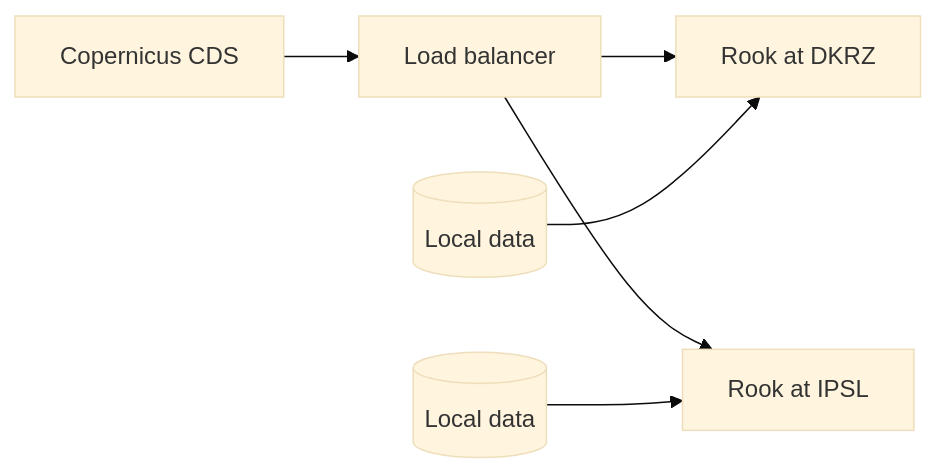
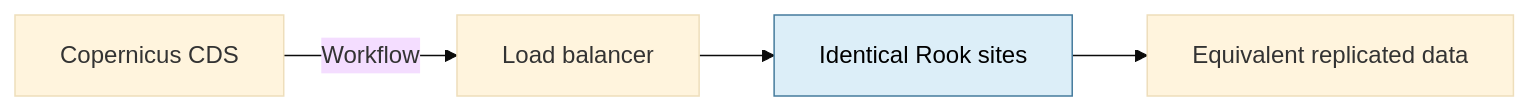
Before and after one commit to roocs/rook: the third of 10 diagrams in Rook_WPS_ESGF2_talk_draft.md, drawn with Mermaid (base theme). The commit also changed other lines of this file, not shown here.

````diff
--- a/Rook_WPS_ESGF2_talk_draft.md
+++ b/Rook_WPS_ESGF2_talk_draft.md
@@ -77,8 +95,8 @@
 ```mermaid
 flowchart LR
-    CDS["Copernicus CDS"] --> LB["Load balancer"]
-    LB --> DE["Rook at DKRZ"]
-    LB --> FR["Rook at IPSL"]
-    DEData[("Local data")] --> DE
-    FRData[("Local data")] --> FR
+    CDS["Copernicus CDS"] -->|"Workflow"| LB["Load balancer"]
+    LB --> Rook["Identical Rook sites"]
+    Rook --> Data["Equivalent replicated data"]
+
+    style Rook fill:#dceef8,stroke:#457b9d,color:#000
 ```
````
